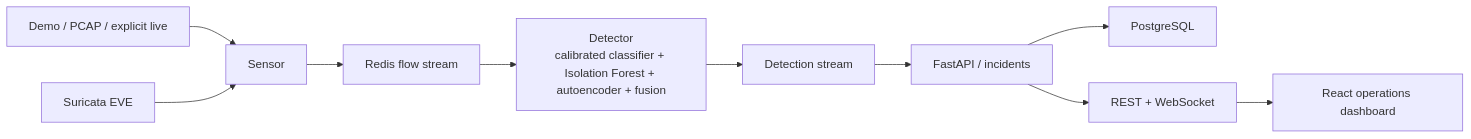
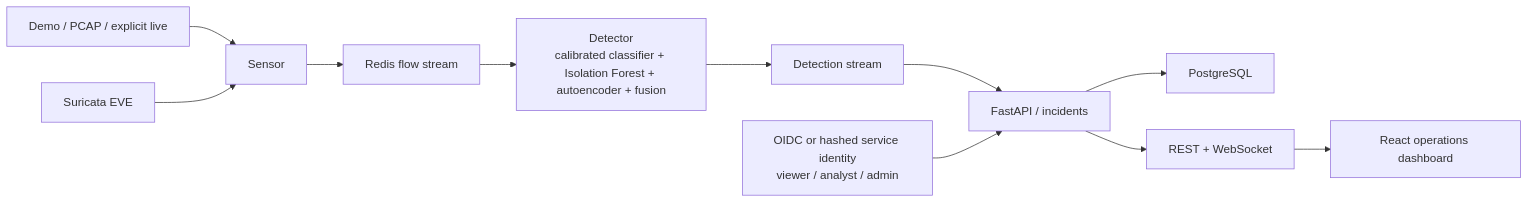
Before and after one commit to sting-raider/AegisFlow: the diagram in README.md, drawn with Mermaid. The commit also changed other lines of this file and 47 other files, not shown here.

````diff
--- a/README.md
+++ b/README.md
@@ -19,12 +19,13 @@
 ```mermaid
 flowchart LR
   T["Demo / PCAP / explicit live"] --> S["Sensor"]
   E["Suricata EVE"] --> S
   S --> R1["Redis flow stream"]
   R1 --> D["Detector\ncalibrated classifier + Isolation Forest + autoencoder + fusion"]
   D --> R2["Detection stream"]
   R2 --> A["FastAPI / incidents"]
+  I["OIDC or hashed service identity\nviewer / analyst / admin"] --> A
   A --> P["PostgreSQL"]
   A --> W["REST + WebSocket"]
   W --> UI["React operations dashboard"]
 ```
````
